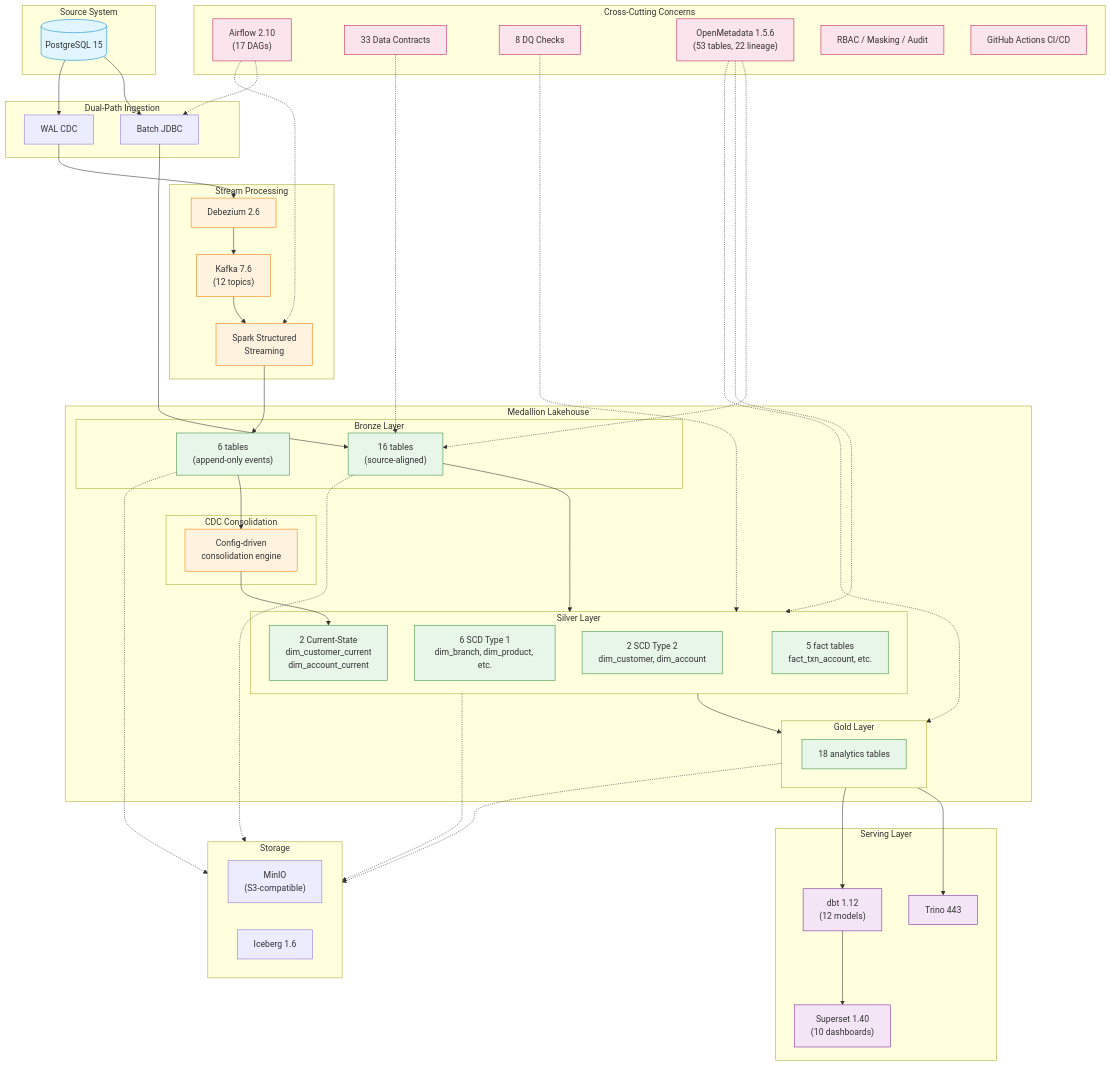
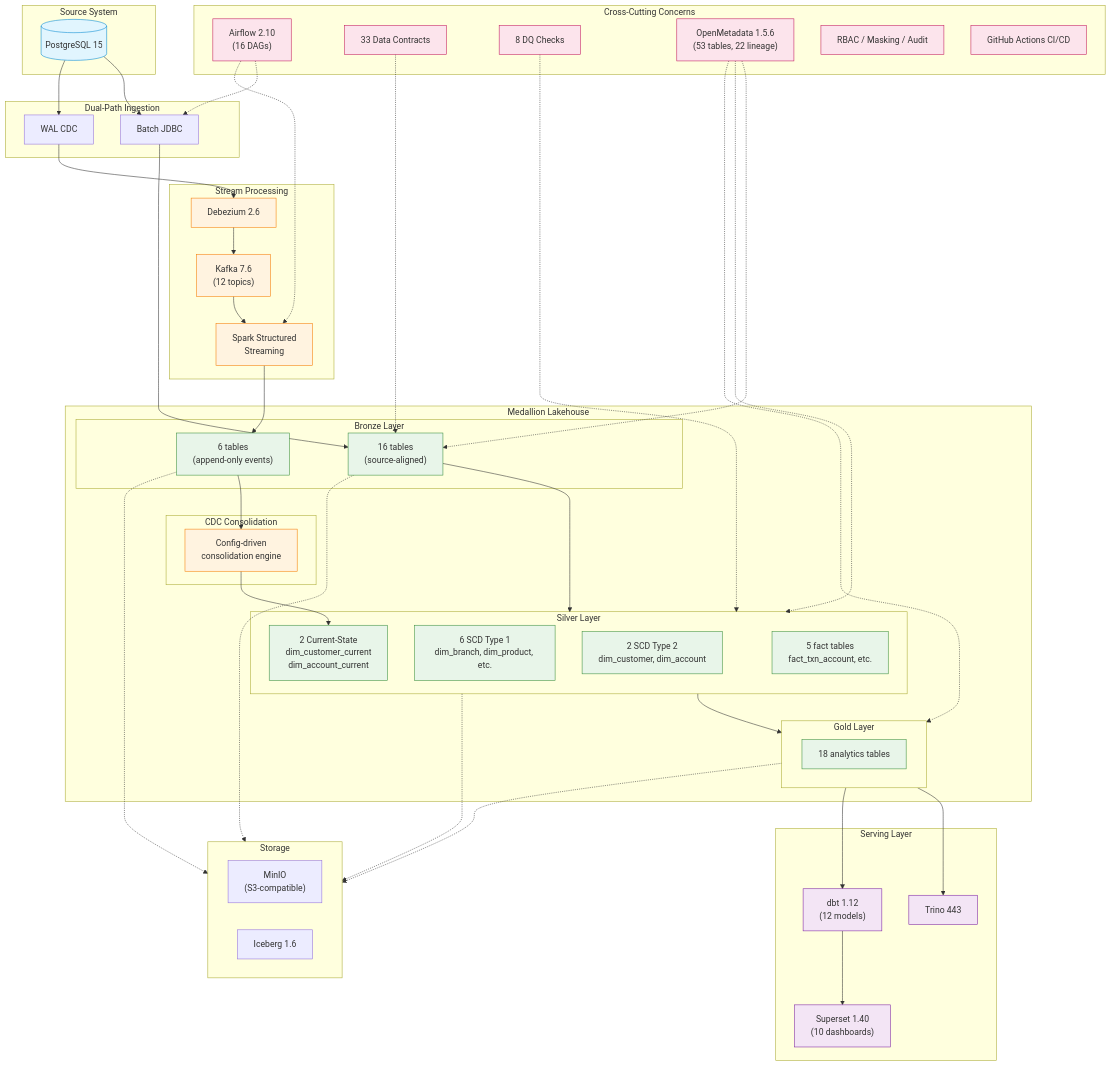
The diagram in README.md (minzi03/banking_data_platform), drawn with Mermaid before and after one commit. The commit also changed other lines of this file, not shown here.

Commit message:
docs: Fix stale counts (16 DAGs, 312 tests)

```diff
--- a/README.md
+++ b/README.md
@@ -77,7 +77,7 @@
     end
 
     subgraph CrossCutting["Cross-Cutting Concerns"]
-        Airflow["Airflow 2.10<br/>(17 DAGs)"]
+        Airflow["Airflow 2.10<br/>(16 DAGs)"]
         Contracts["33 Data Contracts"]
         DQ["8 DQ Checks"]
         OpenMeta["OpenMetadata 1.5.6<br/>(53 tables, 22 lineage)"]
```
